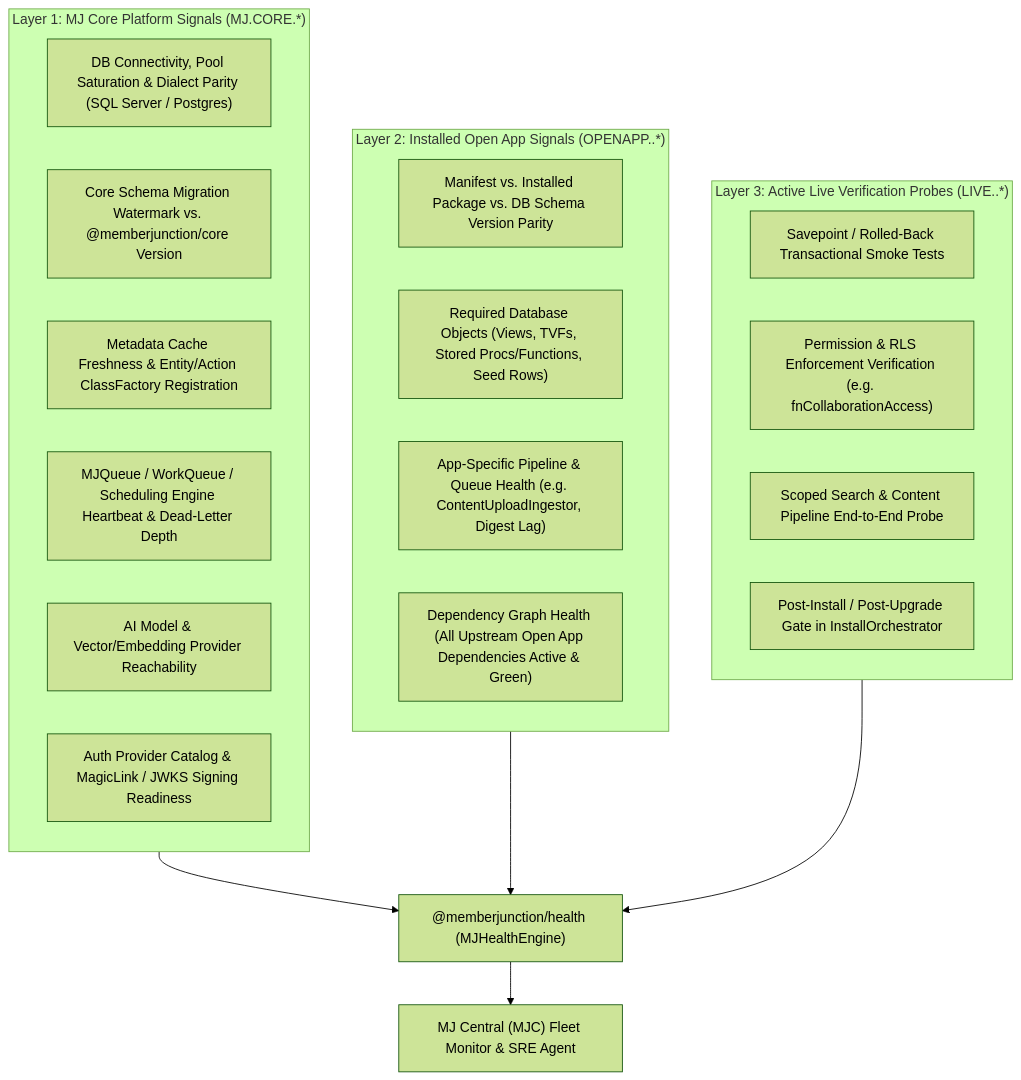
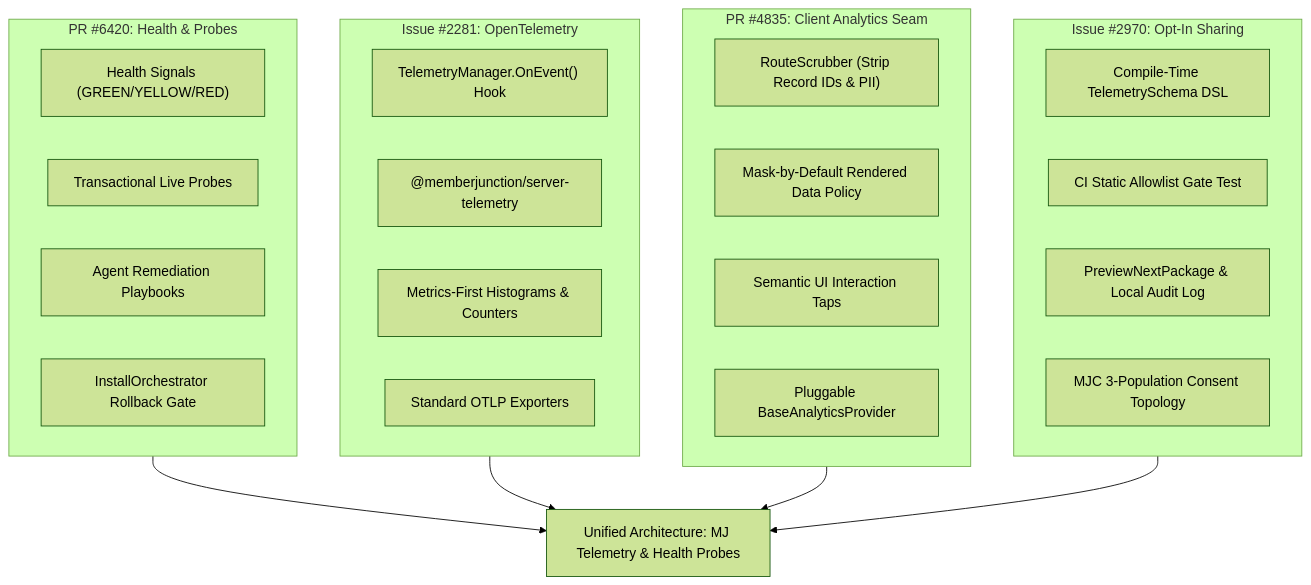
The first of 8 diagrams in plans/mj-health-signals-and-openapp-live-probes.md (MemberJunction/MJ), drawn with Mermaid (forest theme) before and after one commit. The commit also changed other lines of this file and 2 other files, not shown here.

Commit message:
docs(telemetry,health): unify local-first observability, OTel spine (#2281), client analytics seam (#4835), and opt-in sharing (#2970)

````diff
--- a/plans/mj-health-signals-and-openapp-live-probes.md
+++ b/plans/mj-health-signals-and-openapp-live-probes.md
@@ -40,30 +30,35 @@
 ```mermaid
-flowchart TB
-    subgraph L1["Layer 1: MJ Core Platform Signals (MJ.CORE.*)"]
-        C1["DB Connectivity, Pool Saturation & Dialect Parity (SQL Server / Postgres)"]
-        C2["Core Schema Migration Watermark vs. @memberjunction/core Version"]
-        C3["Metadata Cache Freshness & Entity/Action ClassFactory Registration"]
-        C4["MJQueue / WorkQueue / Scheduling Engine Heartbeat & Dead-Letter Depth"]
-        C5["AI Model & Vector/Embedding Provider Reachability"]
-        C6["Auth Provider Catalog & MagicLink / JWKS Signing Readiness"]
+flowchart TD
+    subgraph S1["PR #6420: Health & Probes"]
+        P1["Health Signals (GREEN/YELLOW/RED)"]
+        P2["Transactional Live Probes"]
+        P3["Agent Remediation Playbooks"]
+        P4["InstallOrchestrator Rollback Gate"]
     end
 
-    subgraph L2["Layer 2: Installed Open App Signals (OPENAPP.<APP>.*)"]
-        A1["Manifest vs. Installed Package vs. DB Schema Version Parity"]
-        A2["Required Database Objects (Views, TVFs, Stored Procs/Functions, Seed Rows)"]
-        A3["App-Specific Pipeline & Queue Health (e.g. ContentUploadIngestor, Digest Lag)"]
-        A4["Dependency Graph Health (All Upstream Open App Dependencies Active & Green)"]
+    subgraph S2["Issue #2281: OpenTelemetry"]
+        O1["TelemetryManager.OnEvent() Hook"]
+        O2["@memberjunction/server-telemetry"]
+        O3["Metrics-First Histograms & Counters"]
+        O4["Standard OTLP Exporters"]
     end
 
-    subgraph L3["Layer 3: Active Live Verification Probes (LIVE.<CORE|APP>.*)"]
-        T1["Savepoint / Rolled-Back Transactional Smoke Tests"]
-        T2["Permission & RLS Enforcement Verification (e.g. fnCollaborationAccess)"]
-        T3["Scoped Search & Content Pipeline End-to-End Probe"]
-        T4["Post-Install / Post-Upgrade Gate in InstallOrchestrator"]
+    subgraph S3["PR #4835: Client Analytics Seam"]
+        C1["RouteScrubber (Strip Record IDs & PII)"]
+        C2["Mask-by-Default Rendered Data Policy"]
+        C3["Semantic UI Interaction Taps"]
+        C4["Pluggable BaseAnalyticsProvider"]
     end
 
-    L1 --> Engine["@memberjunction/health (MJHealthEngine)"]
-    L2 --> Engine
-    L3 --> Engine
-    Engine --> MJC["MJ Central (MJC) Fleet Monitor & SRE Agent"]
+    subgraph S4["Issue #2970: Opt-In Sharing"]
+        T1["Compile-Time TelemetrySchema DSL"]
+        T2["CI Static Allowlist Gate Test"]
+        T3["PreviewNextPackage & Local Audit Log"]
+        T4["MJC 3-Population Consent Topology"]
+    end
+
+    S1 --> UNIFIED["Unified Architecture: MJ Telemetry & Health Probes"]
+    S2 --> UNIFIED
+    S3 --> UNIFIED
+    S4 --> UNIFIED
 ```
````
